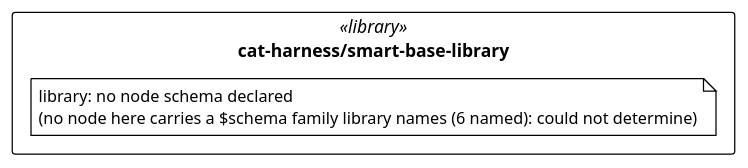
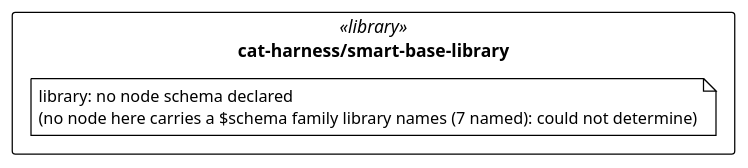
Before and after one commit to litlfred/folio-assistant: the diagram in cat-harness/uml/overview/cat-harness/smart-base-library.puml, drawn with PlantUML. The commit also changed 55 other files, not shown here.

```diff
--- a/cat-harness/uml/overview/cat-harness/smart-base-library.puml
+++ b/cat-harness/uml/overview/cat-harness/smart-base-library.puml
@@ -3,13 +3,13 @@
 @startuml cat_harness_smart_base_library
 !pragma layout elk
 !theme plain
 skinparam classAttributeIconSize 0
 skinparam shadowing false
 skinparam packageStyle rectangle
 hide empty methods
 
 package "cat-harness/smart-base-library" as pkg_cat_harness_smart_base_library <<library>> {
-  note "library: no node schema declared\n(no node here carries a $schema family library names (6 named): could not determine)" as n_cat_harness_smart_base_library_library
+  note "library: no node schema declared\n(no node here carries a $schema family library names (7 named): could not determine)" as n_cat_harness_smart_base_library_library
 }
 
 @enduml
```
